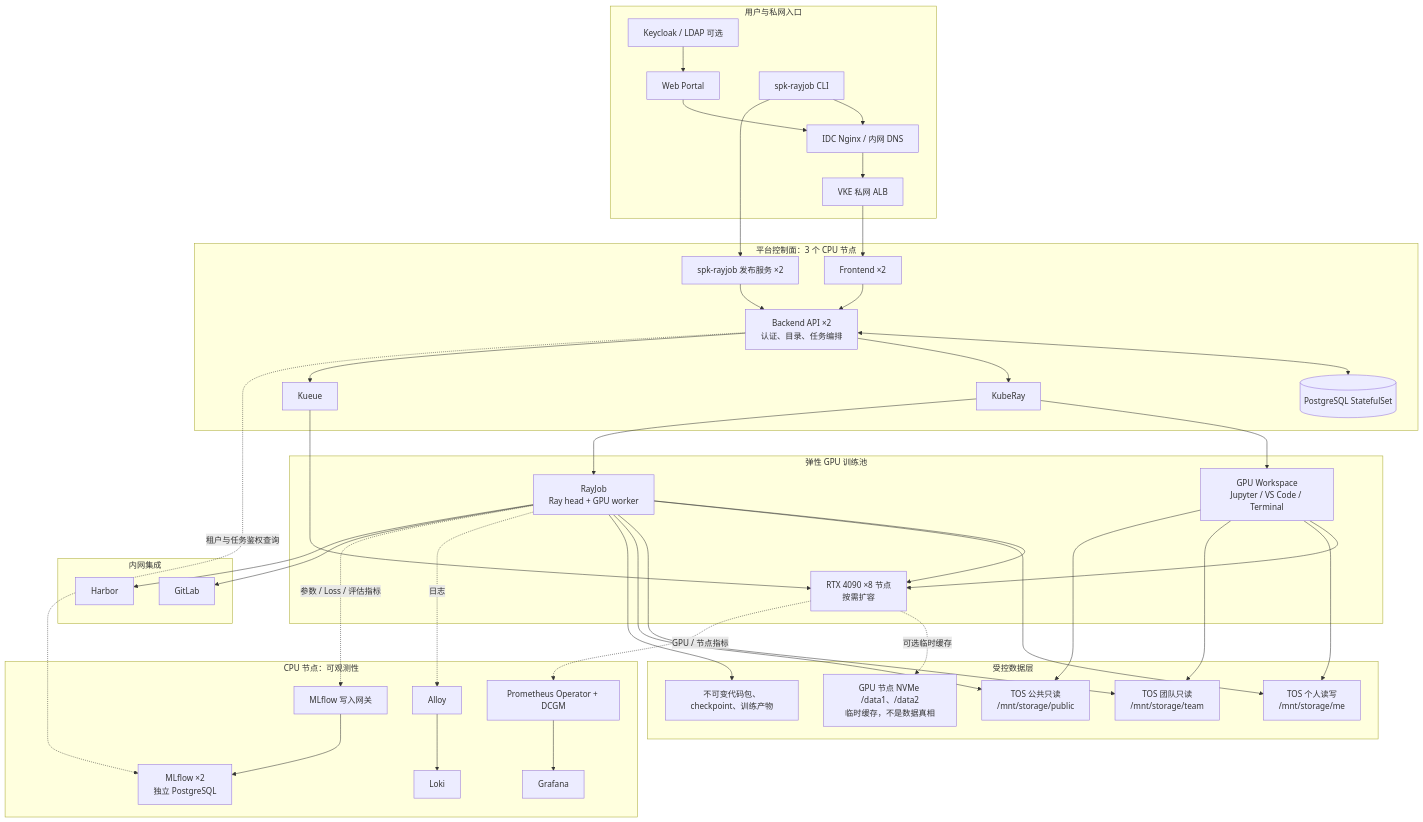
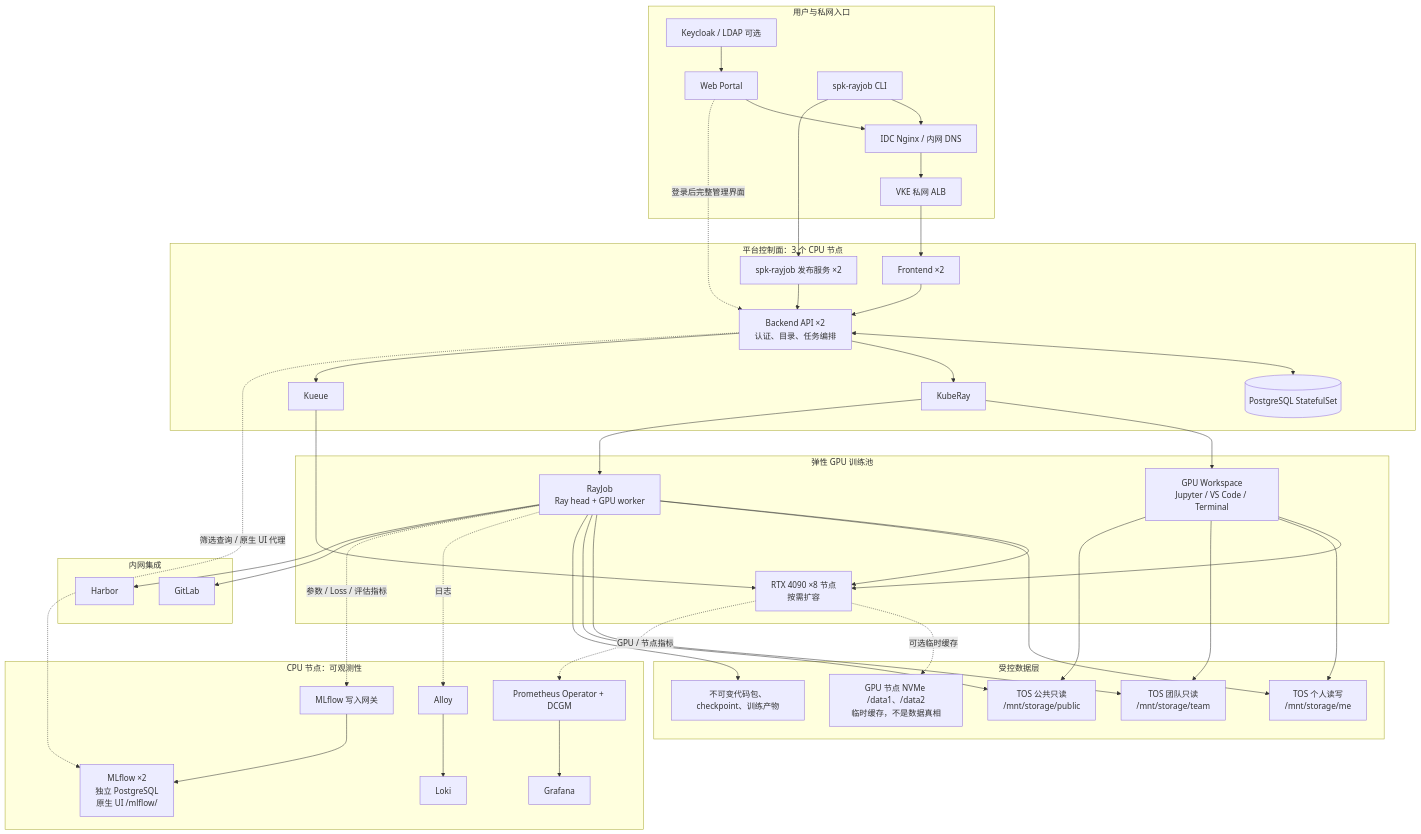
Before and after one commit to suAsher/ray-train-platform: the diagram in docs/ARCHITECTURE.md, drawn with Mermaid. The commit also changed other lines of this file and 8 other files, not shown here.

````diff
--- a/docs/ARCHITECTURE.md
+++ b/docs/ARCHITECTURE.md
@@ -9,76 +9,77 @@
 ```mermaid
 flowchart TB
   subgraph access[用户与私网入口]
     portal[Web Portal]
     cli[spk-rayjob CLI]
     sso[Keycloak / LDAP 可选]
     idc[IDC Nginx / 内网 DNS]
     alb[VKE 私网 ALB]
   end
 
   subgraph control[平台控制面：3 个 CPU 节点]
     fe[Frontend ×2]
     api[Backend API ×2<br/>认证、目录、任务编排]
     pg[(PostgreSQL StatefulSet)]
     release[spk-rayjob 发布服务 ×2]
     kr[KubeRay]
     kueue[Kueue]
   end
 
   subgraph compute[弹性 GPU 训练池]
     dev[GPU Workspace<br/>Jupyter / VS Code / Terminal]
     job[RayJob<br/>Ray head + GPU worker]
     gpu[RTX 4090 ×8 节点<br/>按需扩容]
   end
 
   subgraph data[受控数据层]
     me[TOS 个人读写<br/>/mnt/storage/me]
     shared[TOS 团队只读<br/>/mnt/storage/team]
     public[TOS 公共只读<br/>/mnt/storage/public]
     artifact[不可变代码包、checkpoint、训练产物]
     nvme[GPU 节点 NVMe /data1、/data2<br/>临时缓存，不是数据真相]
   end
 
   subgraph obs[CPU 节点：可观测性]
     alloy[Alloy]
     loki[Loki]
     prom[Prometheus Operator + DCGM]
     grafana[Grafana]
-    mlflow[MLflow ×2<br/>独立 PostgreSQL]
+    mlflow[MLflow ×2<br/>独立 PostgreSQL<br/>原生 UI /mlflow/]
     ingest[MLflow 写入网关]
   end
 
   subgraph internal[内网集成]
     gitlab[GitLab]
     harbor[Harbor]
   end
 
   portal --> idc
   cli --> idc
   sso --> portal
   idc --> alb --> fe --> api
   cli --> release
   release --> api
   api <--> pg
   api --> kr
   api --> kueue
   kr --> dev
   kr --> job
   kueue --> gpu
   dev --> gpu
   job --> gpu
   dev --> me
   dev --> shared
   dev --> public
   job --> me
   job --> shared
   job --> public
   job --> artifact
   gpu -. 可选临时缓存 .-> nvme
   job -. 日志 .-> alloy --> loki
   gpu -. GPU / 节点指标 .-> prom --> grafana
   job -. 参数 / Loss / 评估指标 .-> ingest --> mlflow
-  api -. 租户与任务鉴权查询 .-> mlflow
+  api -. 筛选查询 / 原生 UI 代理 .-> mlflow
+  portal -. 登录后完整管理界面 .-> api
   job --> gitlab
   job --> harbor
 ```
````
